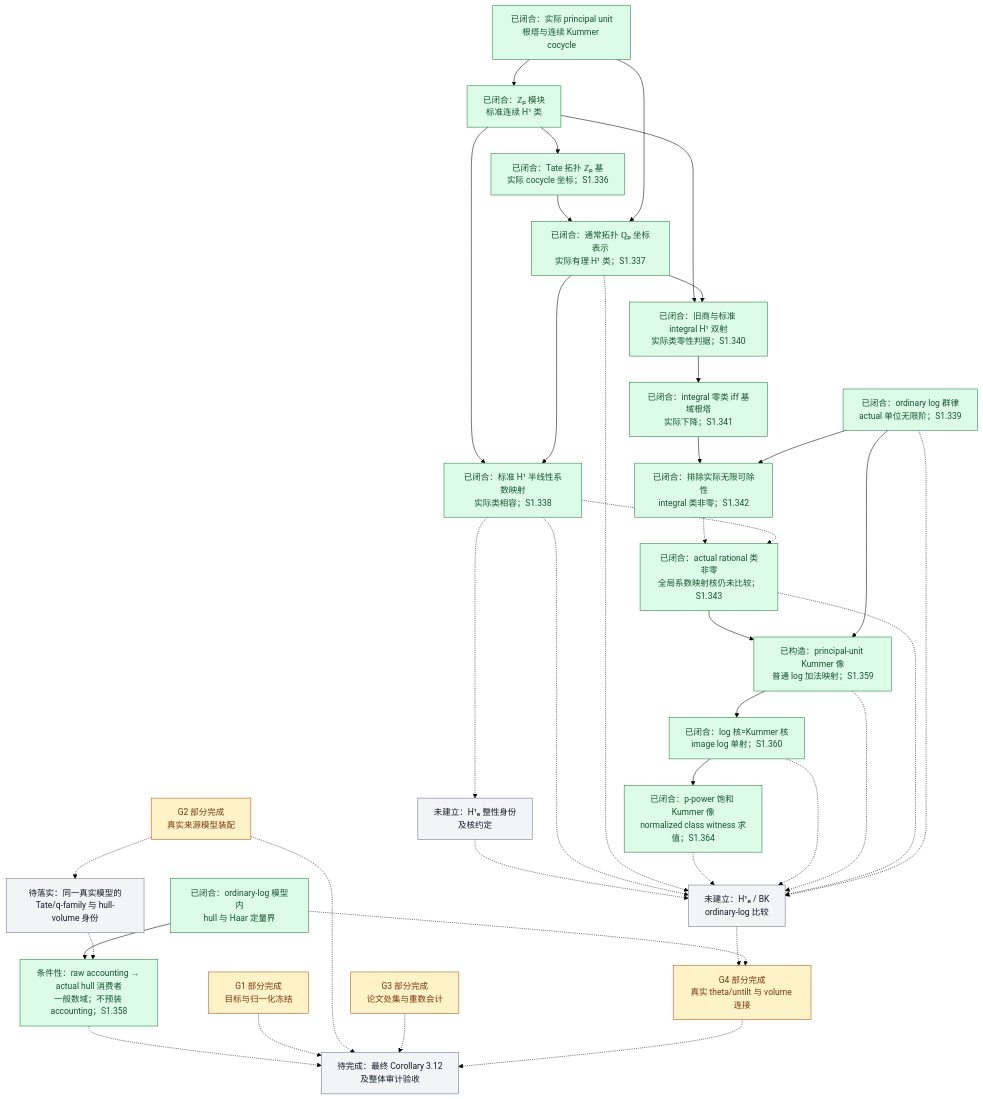
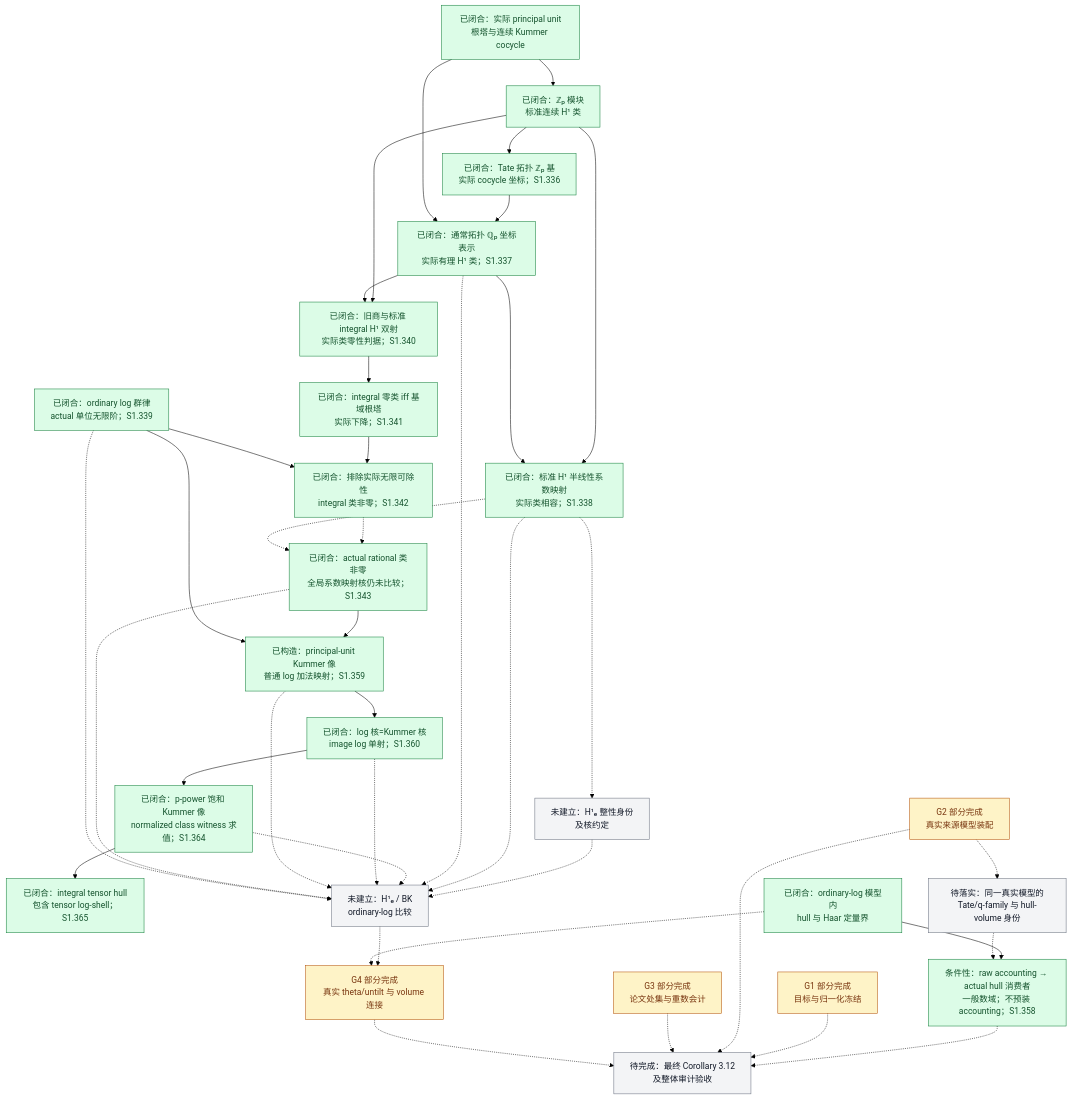
The diagram in docs/Scene1进度总览.md (Ember-Institute/KirtiJoshi-abc), drawn with Mermaid (forest theme) before and after one commit. The commit also changed other lines of this file and 4 other files, not shown here.

Commit message:
Record S1.365 tensor shell carrier

````diff
--- a/docs/Scene1进度总览.md
+++ b/docs/Scene1进度总览.md
@@ -75,74 +75,76 @@
 ```mermaid
 flowchart TD
     K["已闭合：实际 principal unit<br/>根塔与连续 Kummer cocycle"]
     Z["已闭合：ℤₚ 模块<br/>标准连续 H¹ 类"]
     T["已闭合：Tate 拓扑 ℤₚ 基<br/>实际 cocycle 坐标；S1.336"]
     Q["已闭合：通常拓扑 ℚₚ 坐标表示<br/>实际有理 H¹ 类；S1.337"]
     I["已闭合：标准 H¹ 半线性系数映射<br/>实际类相容；S1.338"]
     J["未建立：H¹ₑ 整性身份<br/>及核约定"]
     C0["已闭合：旧商与标准 integral H¹ 双射<br/>实际类零性判据；S1.340"]
     R0["已闭合：integral 零类 iff 基域根塔<br/>实际下降；S1.341"]
     N0["已闭合：排除实际无限可除性<br/>integral 类非零；S1.342"]
     NQ["已闭合：actual rational 类非零<br/>全局系数映射核仍未比较；S1.343"]
     KL["已构造：principal-unit Kummer 像<br/>普通 log 加法映射；S1.359"]
     KK["已闭合：log 核=Kummer 核<br/>image log 单射；S1.360"]
     KS["已闭合：p-power 饱和 Kummer 像<br/>normalized class witness 求值；S1.364"]
+    TS["已闭合：integral tensor hull<br/>包含 tensor log-shell；S1.365"]
     B["未建立：H¹ₑ / BK<br/>ordinary-log 比较"]
     H["已闭合：ordinary-log 模型内<br/>hull 与 Haar 定量界"]
     L["已闭合：ordinary log 群律<br/>actual 单位无限阶；S1.339"]
     V["G4 部分完成<br/>真实 theta/untilt 与 volume 连接"]
     G1["G1 部分完成<br/>目标与归一化冻结"]
     G2["G2 部分完成<br/>真实来源模型装配"]
     G3["G3 部分完成<br/>论文处集与重数会计"]
     RH["条件性：raw accounting → actual hull 消费者<br/>一般数域；不预装 accounting；S1.358"]
     VH["待落实：同一真实模型的<br/>Tate/q-family 与 hull-volume 身份"]
     C["待完成：最终 Corollary 3.12<br/>及整体审计验收"]
 
     K --> Z
     Z --> T
     T --> Q
     K --> Q
     Z --> I
     Q --> I
     I -.-> J
     J -.-> B
     I -.-> B
     Q -.-> B
     Z --> C0
     Q --> C0
     C0 --> R0
     R0 --> N0
     L --> N0
     N0 -.-> NQ
     I -.-> NQ
     NQ --> KL
     L --> KL
     KL --> KK
     KK --> KS
     KS -.-> B
+    KS --> TS
     KK -.-> B
     KL -.-> B
     NQ -.-> B
     L -.-> B
     B -.-> V
     H -.-> V
     H --> RH
     G2 -.-> VH
     VH -.-> RH
     RH -.-> C
     G1 -.-> C
     G2 -.-> C
     G3 -.-> C
     V -.-> C
 
     classDef done fill:#dcfce7,stroke:#15803d,color:#14532d;
     classDef partial fill:#fef3c7,stroke:#b45309,color:#78350f;
     classDef open fill:#f3f4f6,stroke:#6b7280,color:#111827;
     class K,Z,T,Q,H,I,L,C0,R0,N0 done;
     class G1,G2,G3,V partial;
     class J,B,C,VH open;
-    class RH,KS done;
+    class RH,KS,TS done;
     class KK done;
     class KL done;
     class NQ done;
 ```
````
